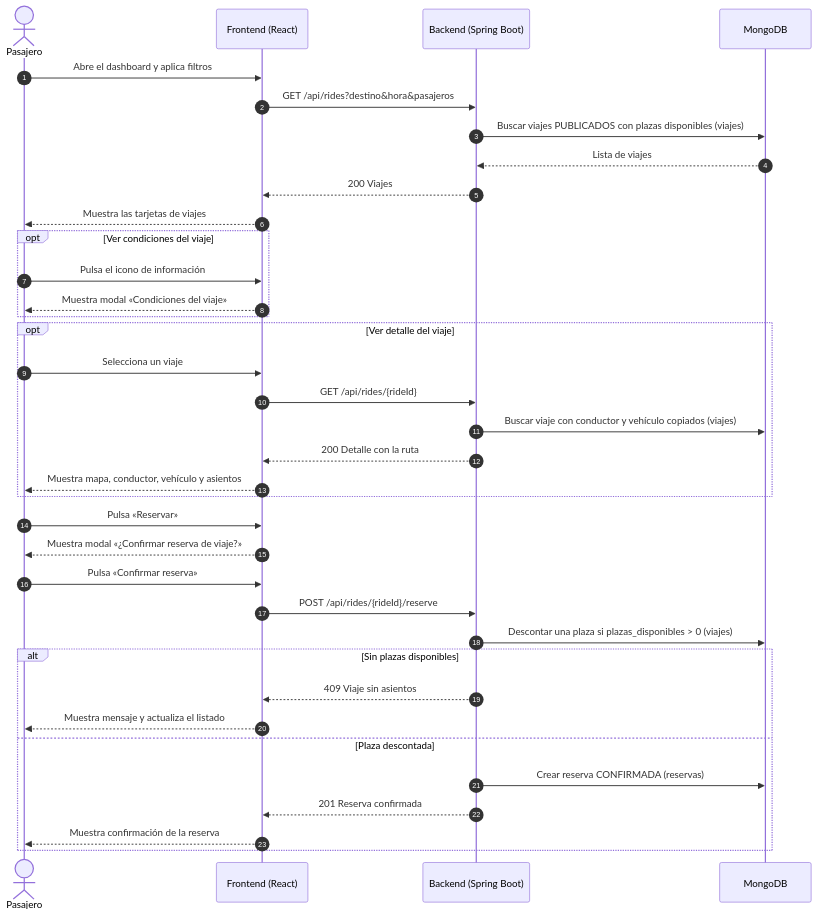
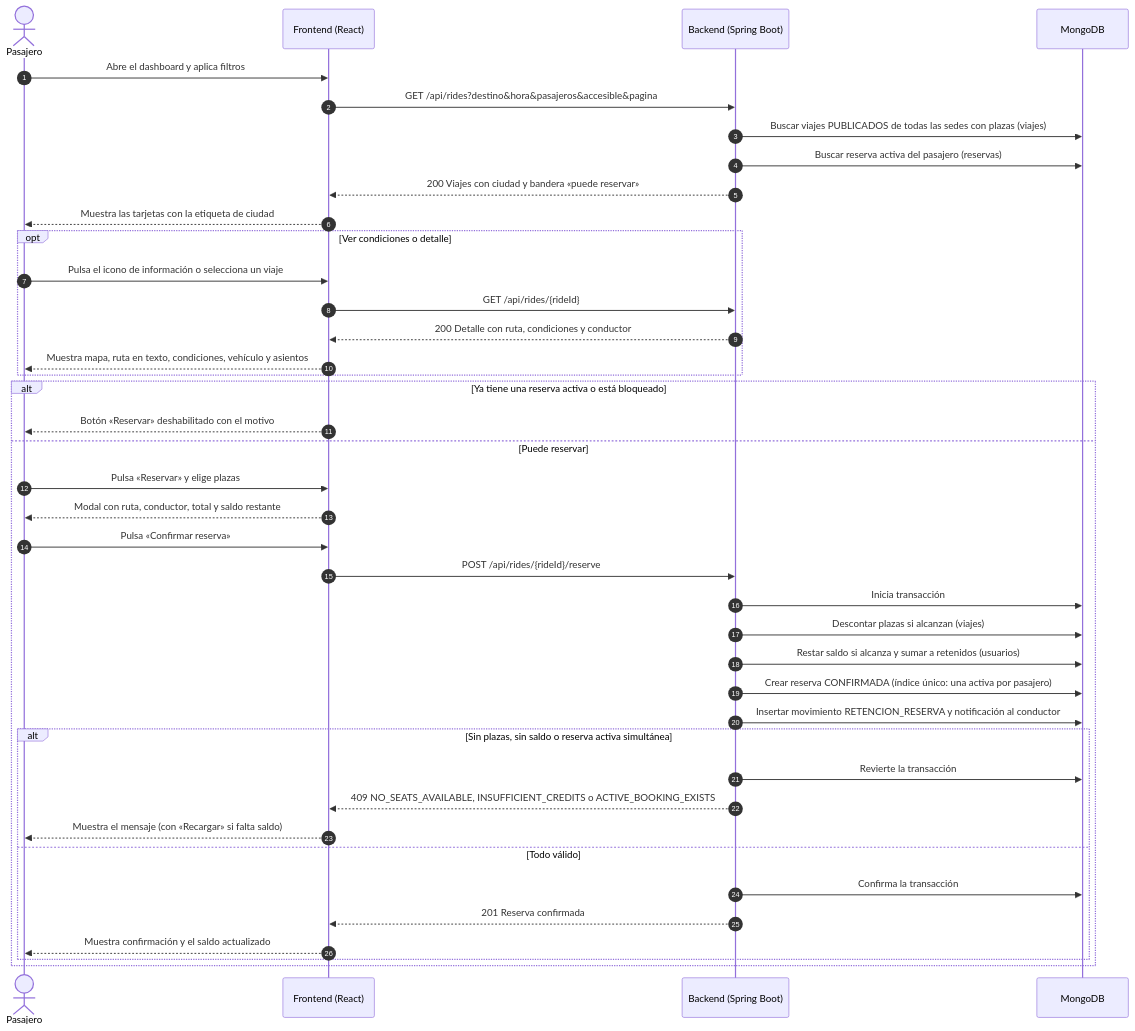
One commit to manuelguarniz/mono-movilidad-colaborativa changed the ninth of 13 diagrams in README.md. Above: the diagram before and after it, drawn with Mermaid. The commit also changed other lines of this file and 54 other files, not shown here.

````diff
--- a/README.md
+++ b/README.md
@@ -666,42 +1123,45 @@
 ```mermaid
 sequenceDiagram
     autonumber
     actor P as Pasajero
     participant FE as Frontend (React)
     participant API as Backend (Spring Boot)
     participant DB as MongoDB
 
     P->>FE: Abre el dashboard y aplica filtros
-    FE->>API: GET /api/rides?destino&hora&pasajeros
-    API->>DB: Buscar viajes PUBLICADOS con plazas disponibles (viajes)
-    DB-->>API: Lista de viajes
-    API-->>FE: 200 Viajes
-    FE-->>P: Muestra las tarjetas de viajes
+    FE->>API: GET /api/rides?destino&hora&pasajeros&accesible&pagina
+    API->>DB: Buscar viajes PUBLICADOS de todas las sedes con plazas (viajes)
+    API->>DB: Buscar reserva activa del pasajero (reservas)
+    API-->>FE: 200 Viajes con ciudad y bandera «puede reservar»
+    FE-->>P: Muestra las tarjetas con la etiqueta de ciudad
 
-    opt Ver condiciones del viaje
-        P->>FE: Pulsa el icono de información
-        FE-->>P: Muestra modal «Condiciones del viaje»
+    opt Ver condiciones o detalle
+        P->>FE: Pulsa el icono de información o selecciona un viaje
+        FE->>API: GET /api/rides/{rideId}
+        API-->>FE: 200 Detalle con ruta, condiciones y conductor
+        FE-->>P: Muestra mapa, ruta en texto, condiciones, vehículo y asientos
     end
 
-    opt Ver detalle del viaje
-        P->>FE: Selecciona un viaje
-        FE->>API: GET /api/rides/{rideId}
-        API->>DB: Buscar viaje con conductor y vehículo copiados (viajes)
-        API-->>FE: 200 Detalle con la ruta
-        FE-->>P: Muestra mapa, conductor, vehículo y asientos
-    end
-
-    P->>FE: Pulsa «Reservar»
-    FE-->>P: Muestra modal «¿Confirmar reserva de viaje?»
-    P->>FE: Pulsa «Confirmar reserva»
-    FE->>API: POST /api/rides/{rideId}/reserve
-    API->>DB: Descontar una plaza si plazas_disponibles > 0 (viajes)
-    alt Sin plazas disponibles
-        API-->>FE: 409 Viaje sin asientos
-        FE-->>P: Muestra mensaje y actualiza el listado
-    else Plaza descontada
-        API->>DB: Crear reserva CONFIRMADA (reservas)
-        API-->>FE: 201 Reserva confirmada
-        FE-->>P: Muestra confirmación de la reserva
+    alt Ya tiene una reserva activa o está bloqueado
+        FE-->>P: Botón «Reservar» deshabilitado con el motivo
+    else Puede reservar
+        P->>FE: Pulsa «Reservar» y elige plazas
+        FE-->>P: Modal con ruta, conductor, total y saldo restante
+        P->>FE: Pulsa «Confirmar reserva»
+        FE->>API: POST /api/rides/{rideId}/reserve
+        API->>DB: Inicia transacción
+        API->>DB: Descontar plazas si alcanzan (viajes)
+        API->>DB: Restar saldo si alcanza y sumar a retenidos (usuarios)
+        API->>DB: Crear reserva CONFIRMADA (índice único: una activa por pasajero)
+        API->>DB: Insertar movimiento RETENCION_RESERVA y notificación al conductor
+        alt Sin plazas, sin saldo o reserva activa simultánea
+            API->>DB: Revierte la transacción
+            API-->>FE: 409 NO_SEATS_AVAILABLE, INSUFFICIENT_CREDITS o ACTIVE_BOOKING_EXISTS
+            FE-->>P: Muestra el mensaje (con «Recargar» si falta saldo)
+        else Todo válido
+            API->>DB: Confirma la transacción
+            API-->>FE: 201 Reserva confirmada
+            FE-->>P: Muestra confirmación y el saldo actualizado
+        end
     end
 ```
````
